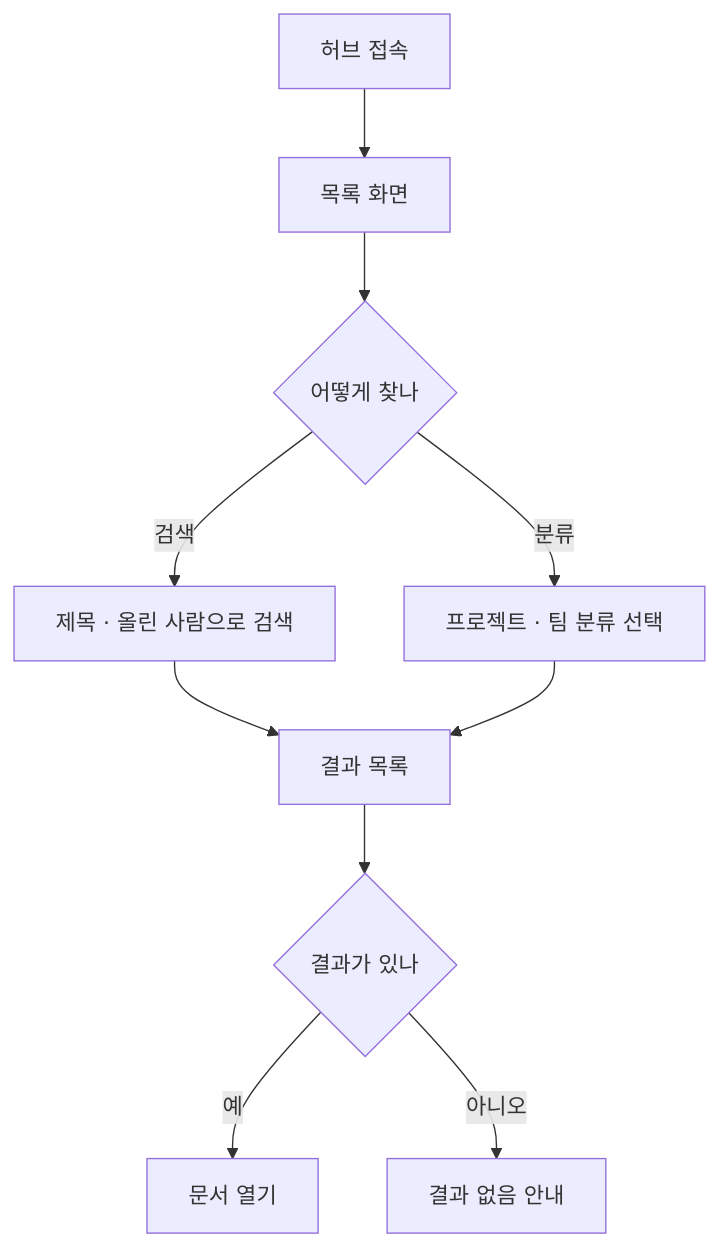
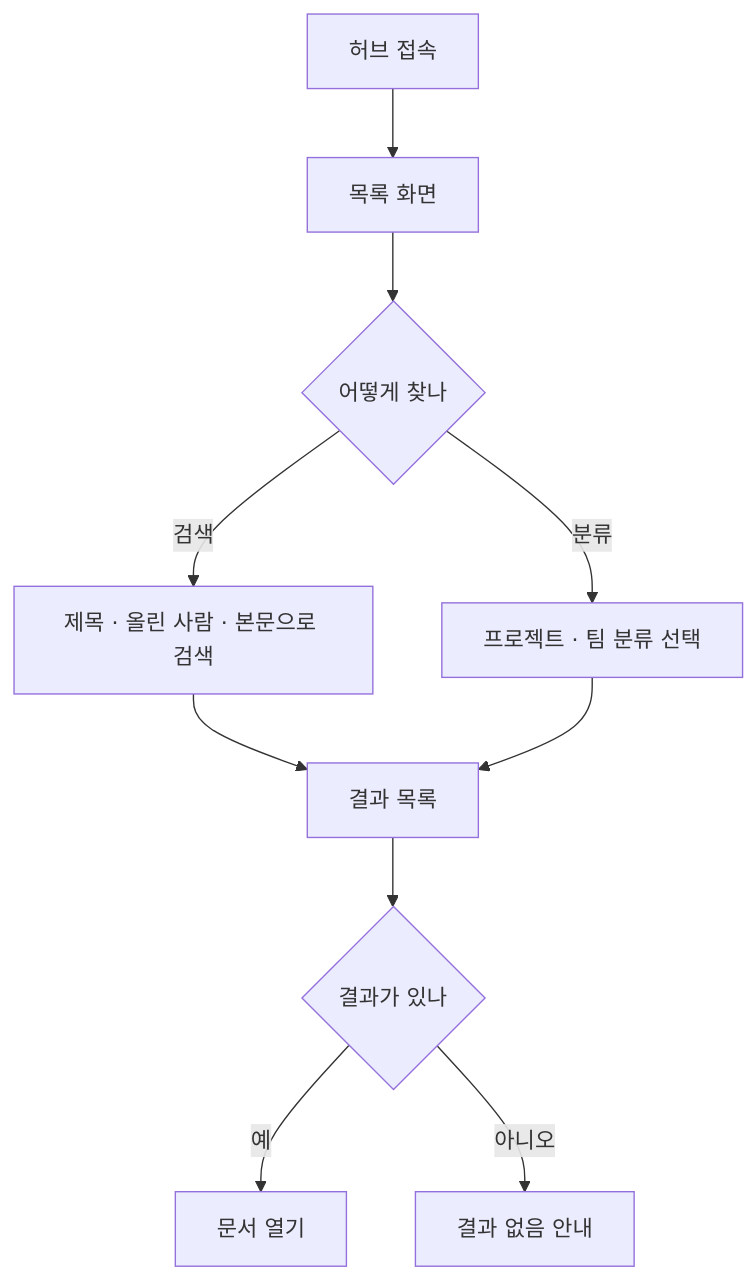
The third of 3 diagrams in docs/02-해법설계/01-유저-플로우.md (dmstjd1024/html-hub), drawn with Mermaid before and after one commit. The commit also changed other lines of this file and 1 other file, not shown here.

````diff
--- a/docs/02-해법설계/01-유저-플로우.md
+++ b/docs/02-해법설계/01-유저-플로우.md
@@ -55,12 +55,12 @@
 ```mermaid
 flowchart TD
     A["허브 접속"] --> B["목록 화면"]
     B --> C{"어떻게 찾나"}
-    C -->|"검색"| D["제목 · 올린 사람으로 검색"]
+    C -->|"검색"| D["제목 · 올린 사람 · 본문으로 검색"]
     C -->|"분류"| E["프로젝트 · 팀 분류 선택"]
     D --> F["결과 목록"]
     E --> F
     F --> G{"결과가 있나"}
     G -->|"예"| H["문서 열기"]
     G -->|"아니오"| I["결과 없음 안내"]
 ```
````
